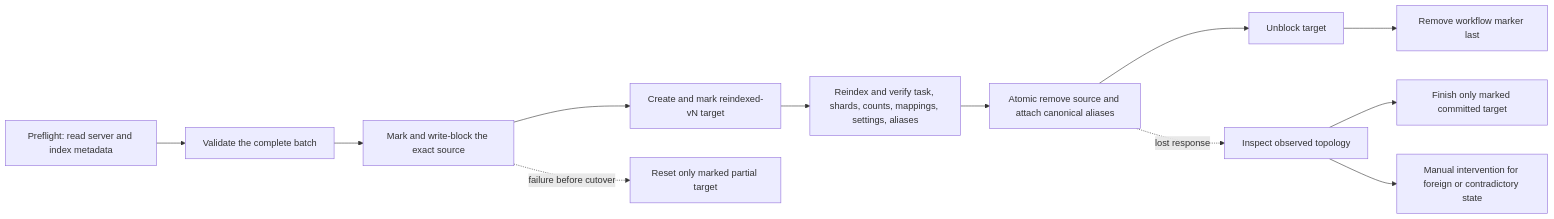
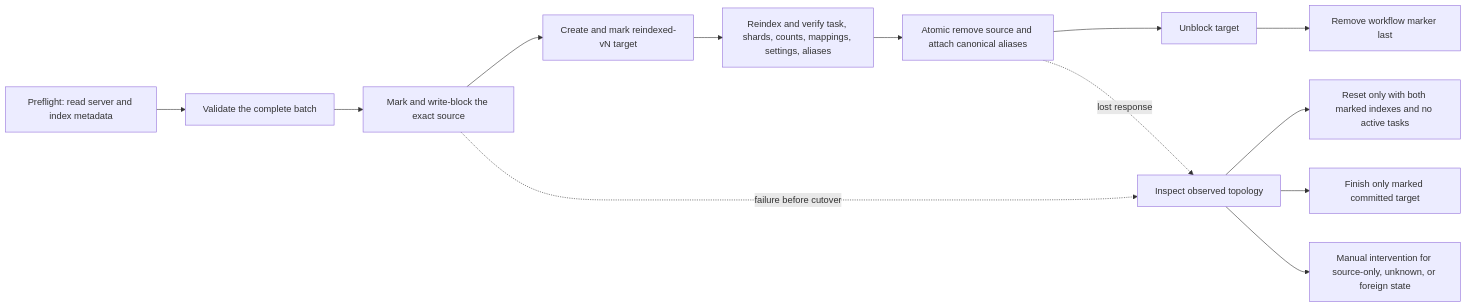
Before and after one commit to FoundatioFx/Foundatio.Repositories: the seventh of 7 diagrams in docs/guide/index-management.md, drawn with Mermaid. The commit also changed other lines of this file and 1 other file, not shown here.

Commit message:
docs: clarify compatibility recovery evidence and schema retry limits

````diff
--- a/docs/guide/index-management.md
+++ b/docs/guide/index-management.md
@@ -1172,14 +1172,15 @@
 ```mermaid
 flowchart LR
     A[Preflight: read server and index metadata] --> B[Validate the complete batch]
     B --> C[Mark and write-block the exact source]
     C --> D[Create and mark reindexed-vN target]
     D --> E[Reindex and verify task, shards, counts, mappings, settings, aliases]
     E --> F[Atomic remove source and attach canonical aliases]
     F --> G[Unblock target]
     G --> H[Remove workflow marker last]
-    C -. failure before cutover .-> R[Reset only marked partial target]
+    C -. failure before cutover .-> I[Inspect observed topology]
     F -. lost response .-> I[Inspect observed topology]
+    I --> R[Reset only with both marked indexes and no active tasks]
     I --> J[Finish only marked committed target]
-    I --> K[Manual intervention for foreign or contradictory state]
+    I --> K[Manual intervention for source-only, unknown, or foreign state]
 ```
````
